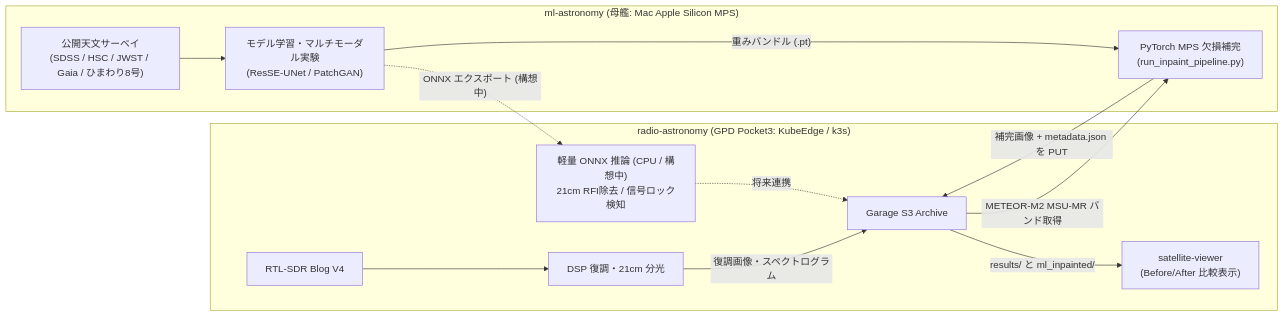
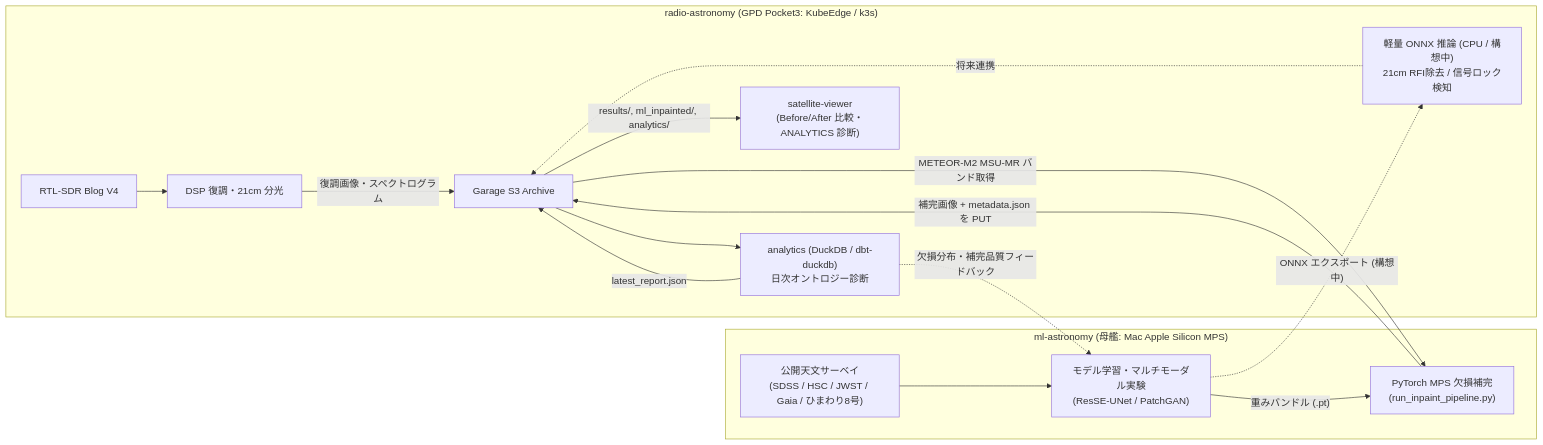
One commit to tozastation/ml-astronomy changed the diagram in README.md. Above: the diagram before and after it, drawn with Mermaid. The commit also changed other lines of this file and 1 other file, not shown here.

Commit message:
docs: radio-astronomyとの連携仕様と共通運用ルールをREADMEとGEMINI.mdへ反映

````diff
--- a/README.md
+++ b/README.md
@@ -15,17 +15,20 @@
 ```mermaid
 flowchart LR
     subgraph Observatory["radio-astronomy (GPD Pocket3: KubeEdge / k3s)"]
         SDR["RTL-SDR Blog V4"] --> DSP["DSP 復調・21cm 分光"]
         DSP -->|"復調画像・スペクトログラム"| S3["Garage S3 Archive"]
-        S3 -->|"results/ と ml_inpainted/"| Viewer["satellite-viewer<br/>(Before/After 比較表示)"]
+        S3 --> Analytics["analytics (DuckDB / dbt-duckdb)<br/>日次オントロジー診断"]
+        Analytics -->|"latest_report.json"| S3
+        S3 -->|"results/, ml_inpainted/, analytics/"| Viewer["satellite-viewer<br/>(Before/After 比較・ANALYTICS 診断)"]
         ONNX["軽量 ONNX 推論 (CPU / 構想中)<br/>21cm RFI除去 / 信号ロック検知"] -.->|"将来連携"| S3
     end
 
     subgraph Lab["ml-astronomy (母艦: Mac Apple Silicon MPS)"]
         S3 -->|"METEOR-M2 MSU-MR バンド取得"| Infer["PyTorch MPS 欠損補完<br/>(run_inpaint_pipeline.py)"]
         Infer -->|"補完画像 + metadata.json を PUT"| S3
         Survey["公開天文サーベイ<br/>(SDSS / HSC / JWST / Gaia / ひまわり8号)"] --> Train["モデル学習・マルチモーダル実験<br/>(ResSE-UNet / PatchGAN)"]
+        Analytics -.->|"欠損分布・補完品質フィードバック"| Train
         Train -->|"重みバンドル (.pt)"| Infer
         Train -.->|"ONNX エクスポート (構想中)"| ONNX
     end
 ```
````
